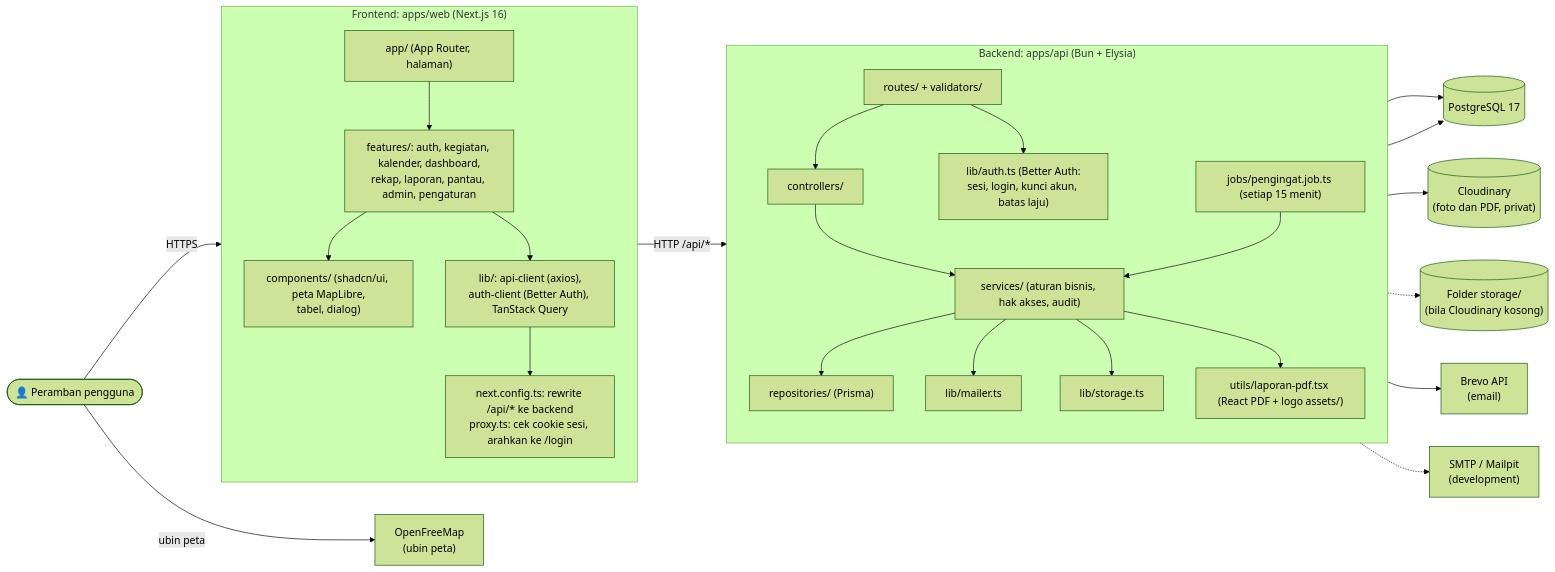
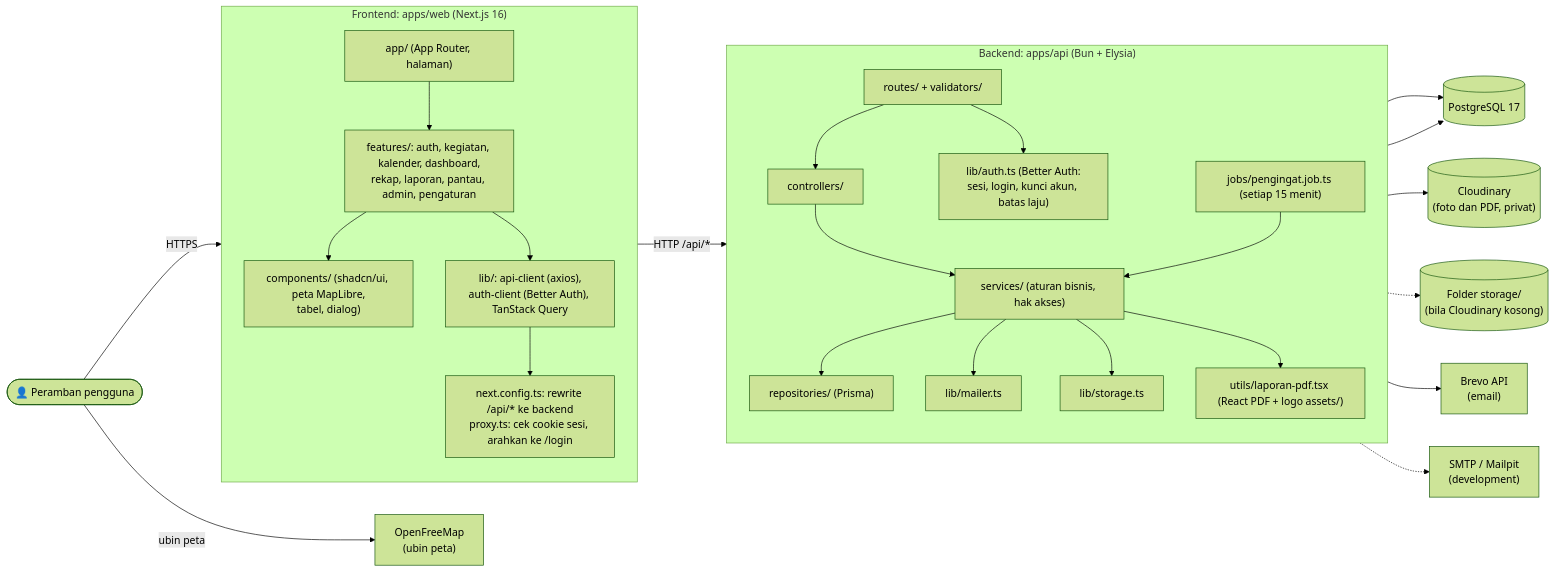
The diagram in docs/uml/07-component.md (AhmadsTechDev/kegiatan-kominfo), drawn with Mermaid (forest theme) before and after one commit. The commit also changed other lines of this file and 69 other files, not shown here.

````diff
--- a/docs/uml/07-component.md
+++ b/docs/uml/07-component.md
@@ -3,51 +3,51 @@
 ```mermaid
 flowchart LR
     pengguna(["👤 Peramban pengguna"])
 
     subgraph web["Frontend: apps/web (Next.js 16)"]
         direction TB
         app["app/ (App Router, halaman)"]
         fitur["features/: auth, kegiatan, kalender, dashboard,<br/>rekap, laporan, pantau, admin, pengaturan"]
         shared["components/ (shadcn/ui, peta MapLibre,<br/>tabel, dialog)"]
         klien["lib/: api-client (axios),<br/>auth-client (Better Auth), TanStack Query"]
         proxy["next.config.ts: rewrite /api/* ke backend<br/>proxy.ts: cek cookie sesi, arahkan ke /login"]
         app --> fitur --> shared
         fitur --> klien --> proxy
     end
 
     subgraph api["Backend: apps/api (Bun + Elysia)"]
         direction TB
         routes["routes/ + validators/"]
         ctrl["controllers/"]
-        svc["services/ (aturan bisnis, hak akses, audit)"]
+        svc["services/ (aturan bisnis, hak akses)"]
         repo["repositories/ (Prisma)"]
         auth["lib/auth.ts (Better Auth:<br/>sesi, login, kunci akun, batas laju)"]
         mailer["lib/mailer.ts"]
         storage["lib/storage.ts"]
         pdf["utils/laporan-pdf.tsx (React PDF + logo assets/)"]
         job["jobs/pengingat.job.ts (setiap 15 menit)"]
         routes --> ctrl --> svc --> repo
         routes --> auth
         svc --> mailer
         svc --> storage
         svc --> pdf
         job --> svc
     end
 
     db[("PostgreSQL 17")]
     cloud[("Cloudinary<br/>(foto dan PDF, privat)")]
     lokal[("Folder storage/<br/>(bila Cloudinary kosong)")]
     brevo["Brevo API<br/>(email)"]
     smtp["SMTP / Mailpit<br/>(development)"]
     peta["OpenFreeMap<br/>(ubin peta)"]
 
     pengguna -- HTTPS --> app
     pengguna -- ubin peta --> peta
     proxy -- "HTTP /api/*" --> routes
     repo --> db
     auth --> db
     storage --> cloud
     storage -.-> lokal
     mailer --> brevo
     mailer -.-> smtp
 ```
````
